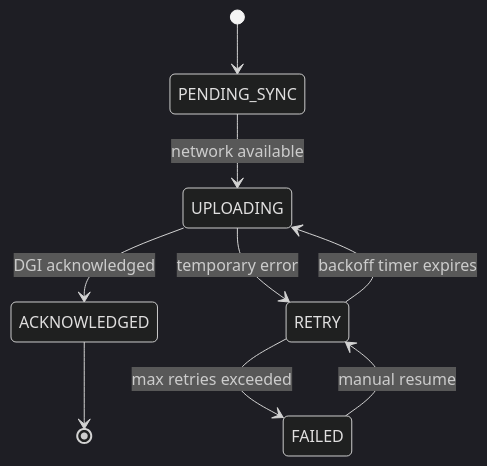
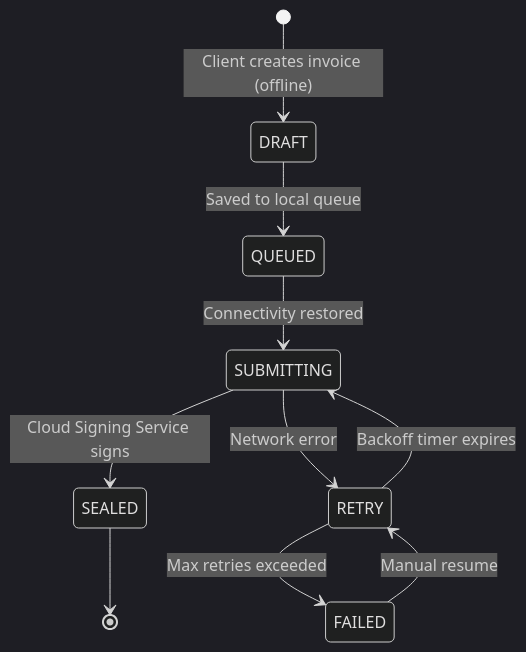
The diagram in design/docs/cloud/offline-sync.md (kupapay/docs), drawn with Mermaid (dark theme) before and after one commit. The commit also changed other lines of this file and 65 other files, not shown here.

````diff
--- a/design/docs/cloud/offline-sync.md
+++ b/design/docs/cloud/offline-sync.md
@@ -42,11 +7,12 @@
 ```mermaid
 stateDiagram-v2
-    [*] --> PENDING_SYNC
-    PENDING_SYNC --> UPLOADING : network available
-    UPLOADING --> ACKNOWLEDGED : DGI acknowledged
-    UPLOADING --> RETRY : temporary error
-    RETRY --> UPLOADING : backoff timer expires
-    RETRY --> FAILED : max retries exceeded
-    FAILED --> RETRY : manual resume
-    ACKNOWLEDGED --> [*]
+    [*] --> DRAFT : Client creates invoice (offline)
+    DRAFT --> QUEUED : Saved to local queue
+    QUEUED --> SUBMITTING : Connectivity restored
+    SUBMITTING --> SEALED : Cloud Signing Service signs
+    SUBMITTING --> RETRY : Network error
+    RETRY --> SUBMITTING : Backoff timer expires
+    RETRY --> FAILED : Max retries exceeded
+    FAILED --> RETRY : Manual resume
+    SEALED --> [*]
 ```
````
